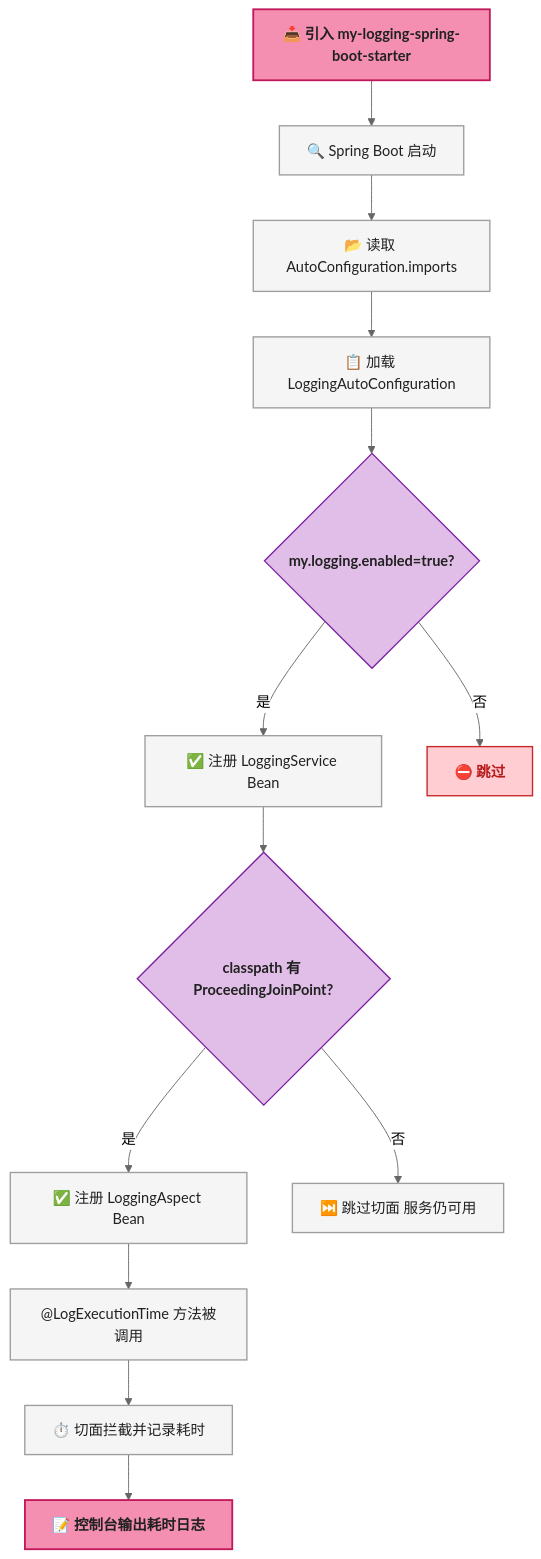
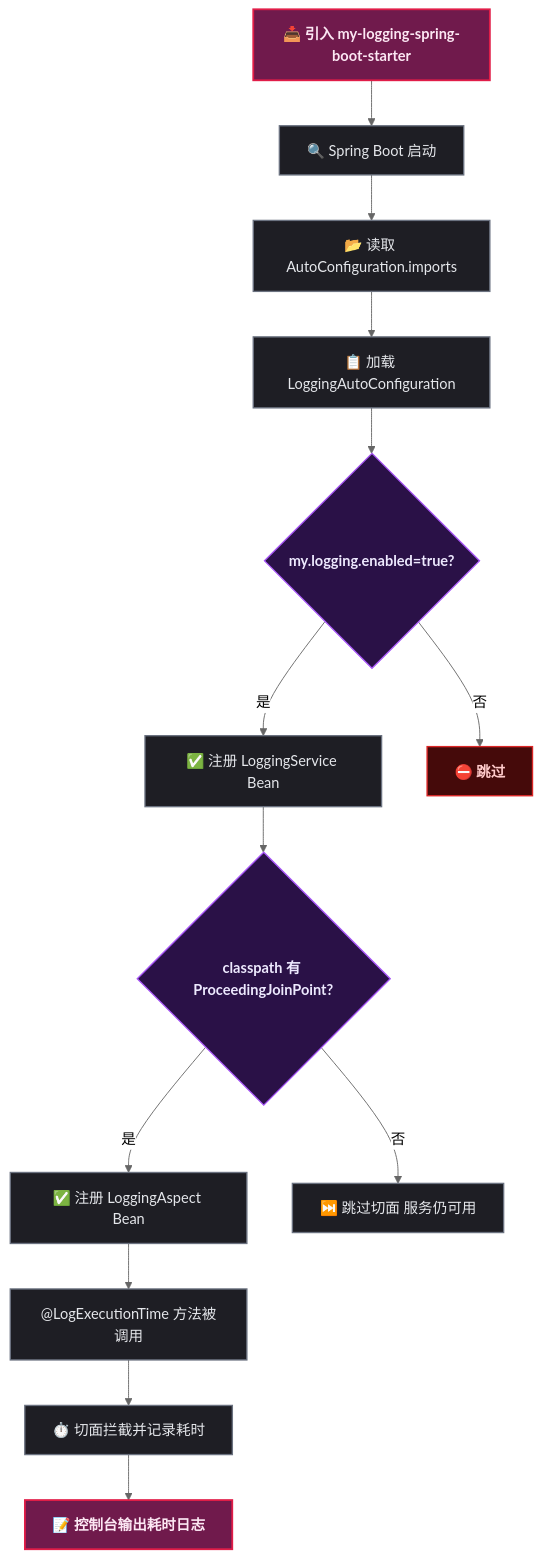
The seventh of 7 diagrams in content/posts/spring/SpringBootStarterPractice.md (yaocat55/yaocat55.github.io), drawn with Mermaid (neutral theme) before and after one commit. The commit also changed other lines of this file and 155 other files, not shown here.

````diff
--- a/content/posts/spring/SpringBootStarterPractice.md
+++ b/content/posts/spring/SpringBootStarterPractice.md
@@ -1159,25 +1175,25 @@
 ```mermaid
 flowchart TD
     A[📥 引入 my-logging-spring-boot-starter] --> B[🔍 Spring Boot 启动]
     B --> C[📂 读取 AutoConfiguration.imports]
     C --> D[📋 加载 LoggingAutoConfiguration]
     D --> E{my.logging.enabled=true?}
     E -->|是| F[✅ 注册 LoggingService Bean]
     E -->|否| SKIP[⛔ 跳过]
     F --> G{classpath 有 ProceedingJoinPoint?}
     G -->|是| H[✅ 注册 LoggingAspect Bean]
     G -->|否| I[⏭️ 跳过切面 服务仍可用]
     H --> J["@LogExecutionTime 方法被调用"]
     J --> K[⏱️ 切面拦截并记录耗时]
     K --> L[📝 控制台输出耗时日志]
 
-    classDef process fill:#F5F5F5,stroke:#9E9E9E,stroke-width:1.5px,color:#212121
-    classDef condition fill:#E1BEE7,stroke:#7B1FA2,stroke-width:1.5px,color:#212121,font-weight:bold
-    classDef startEnd fill:#F48FB1,stroke:#C2185B,stroke-width:2px,color:#212121,font-weight:bold
-    classDef reject fill:#FFCDD2,stroke:#C62828,stroke-width:1.5px,color:#B71C1C,font-weight:bold
+classDef process fill:#1e1e24,stroke:#6b7280,stroke-width:1.5px,color:#e5e7eb;
+classDef condition fill:#2a1147,stroke:#a855f7,stroke-width:1.5px,color:#ede9fe,font-weight:bold;
+classDef startEnd fill:#701a4c,stroke:#e11d48,stroke-width:2px,color:#fce7f3,font-weight:bold;
+classDef reject fill:#450a0a,stroke:#dc2626,stroke-width:1.5px,color:#fecaca,font-weight:bold;
 
     class A,L startEnd
     class E,G condition
     class B,C,D,F,H,I,J,K process
     class SKIP reject
 ```
````
